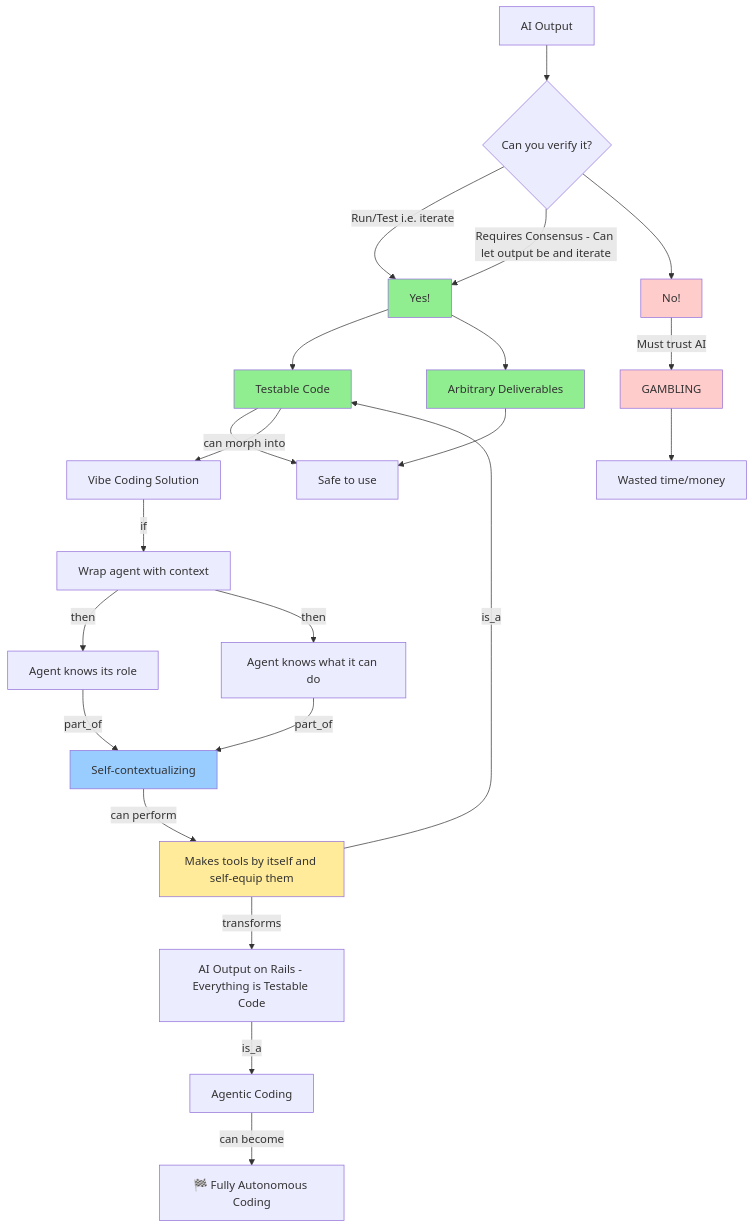
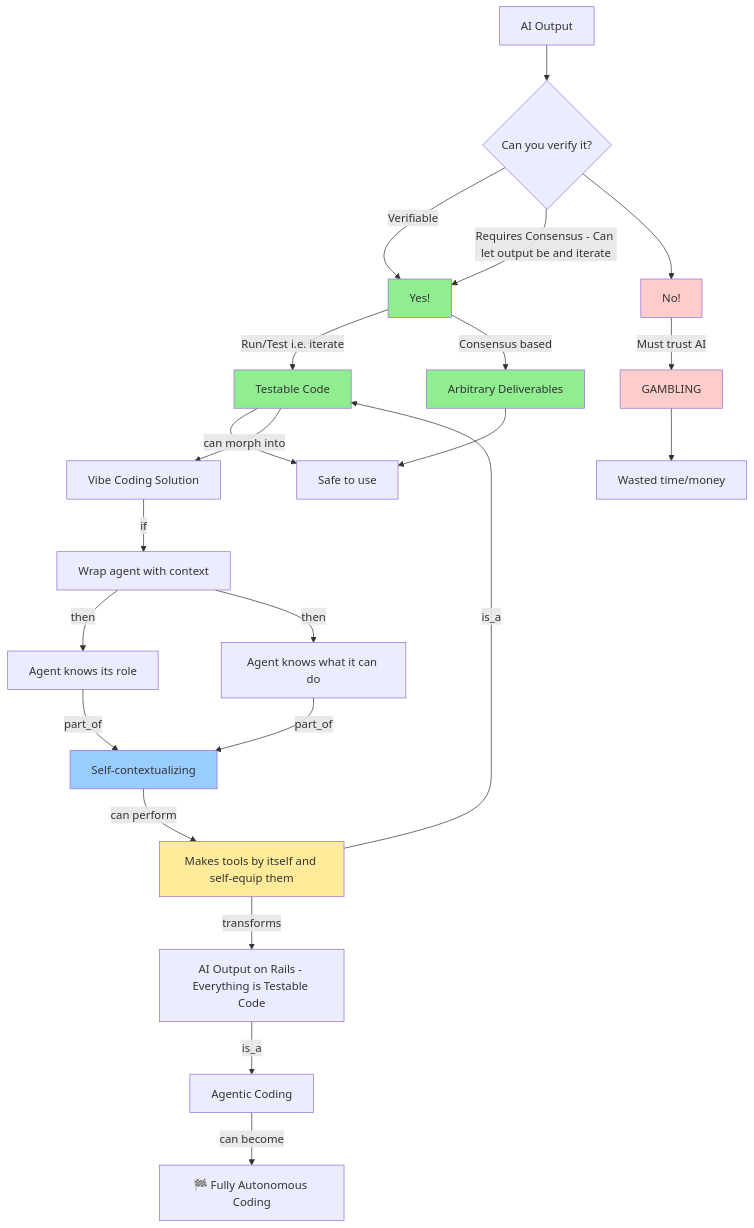
Before and after one commit to sancovp/starship-mcp: the diagram in docs/diagrams/0_VibeCodingBecomesAutoCoding.mermaid, drawn with Mermaid.

```diff
--- a/docs/diagrams/0_VibeCodingBecomesAutoCoding.mermaid
+++ b/docs/diagrams/0_VibeCodingBecomesAutoCoding.mermaid
@@ -1,32 +1,32 @@
 flowchart TD
     A[AI Output] --> B{Can you verify it?}
-    B -->|Run/Test i.e. iterate| N[Yes!]
-    N --> C[Testable Code]
+    B -->|Verifiable| N[Yes!]
+    N -->|Run/Test i.e. iterate| C[Testable Code]
     B -->|Requires Consensus - Can let output be and iterate| N
-    N --> D[Arbitrary Deliverables]
+    N -->|Consensus based| D[Arbitrary Deliverables]
     B --> O[No!]
     O --> |Must trust AI| E[GAMBLING]
     
     C --> F[Safe to use]
     D --> F
     E --> G[Wasted time/money]
     
     H[Vibe Coding Solution] -->|if| I[Wrap agent with context]
     I -->|then| J[Agent knows its role]
     I -->|then| K[Agent knows what it can do]
     J -->|part_of| L[Self-contextualizing]
     K -->|part_of| L
     L -->|can perform| M[Makes tools by itself and self-equip them]
     M -->|is_a| C
     C -->|can morph into| H
     M -->|transforms| P[AI Output on Rails - Everything is Testable Code]
     P -->|is_a| Q[Agentic Coding]
     Q -->|can become| R[🏁 Fully Autonomous Coding]
     
     style C fill:#90EE90
     style D fill:#90EE90
     style E fill:#ffcccc
     style O fill:#ffcccc
     style N fill:#90EE90
     style M fill:#ffeb99
     style L fill:#99ccff
```
